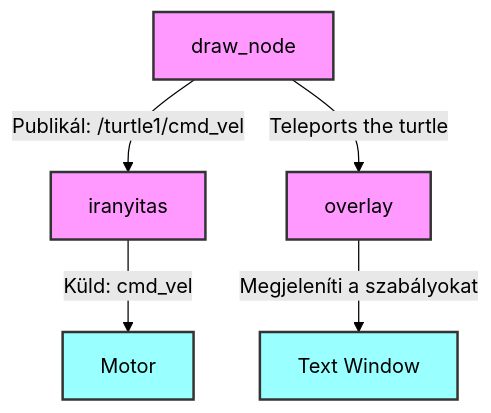
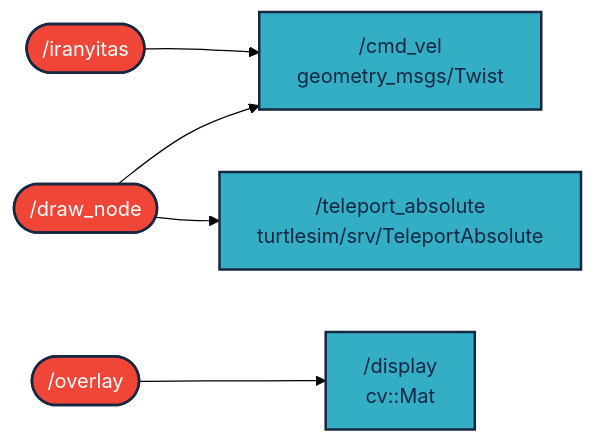
Before and after one commit to SlayM4yd4y/otv_bf7: the diagram in README.md, drawn with Mermaid (forest theme).

Commit message:
Refactor README.md: Update diagram with node descriptions and styling

````diff
--- a/README.md
+++ b/README.md
@@ -73,13 +73,13 @@
 ``` mermaid
-graph TD;
-    A[draw_node] -->|Publikál: /turtle1/cmd_vel| B[iranyitas]
-    A -->|Teleports the turtle| C[overlay]
-    B -->|Küld: cmd_vel| D[Motor]
-    C -->|Megjeleníti a szabályokat| E[Text Window]
+graph LR;
 
-    style A fill:#f9f,stroke:#333,stroke-width:2px;
-    style B fill:#f9f,stroke:#333,stroke-width:2px;
-    style C fill:#f9f,stroke:#333,stroke-width:2px;
-    style D fill:#9ff,stroke:#333,stroke-width:2px;
-    style E fill:#9ff,stroke:#333,stroke-width:2px;
+draw([ /draw_node]):::red --> cmd_vel[ /cmd_vel<br/>geometry_msgs/Twist]:::light
+draw --> teleport[ /teleport_absolute<br/>turtlesim/srv/TeleportAbsolute]:::light
+iranyitas([ /iranyitas]):::red --> cmd_vel
+overlay([ /overlay]):::red --> display[ /display<br/>cv::Mat]:::light
+
+classDef light fill:#34aec5,stroke:#152742,stroke-width:2px,color:#152742  
+classDef dark fill:#152742,stroke:#34aec5,stroke-width:2px,color:#34aec5
+classDef white fill:#ffffff,stroke:#152742,stroke-width:2px,color:#152742
+classDef red fill:#ef4638,stroke:#152742,stroke-width:2px,color:#fff
 ```
````
